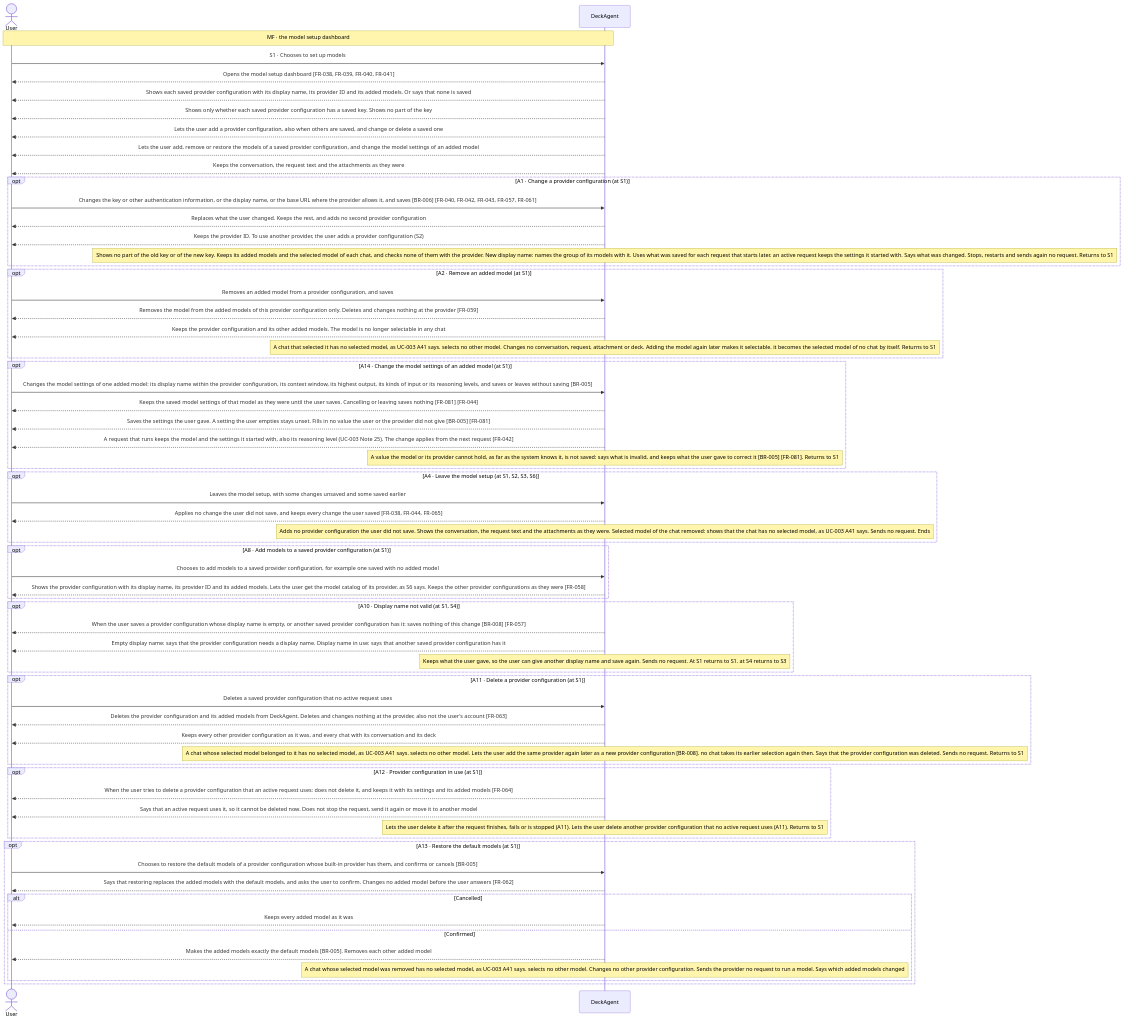
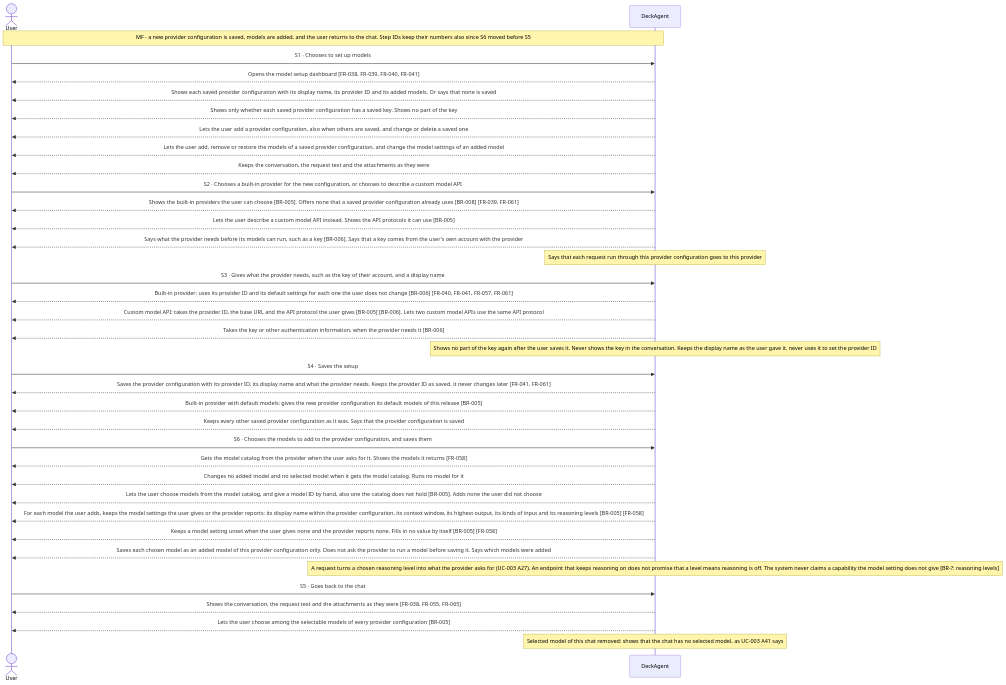
Before and after one commit to Luke23127006/DeckAgent: the first of 15 diagrams in docs/spec/03-use-cases/UC-005.md, drawn with Mermaid. The commit also changed other lines of this file and 25 other files, not shown here.

Commit message:
docs(spec): restructure use cases with main flow first

````diff
--- a/docs/spec/03-use-cases/UC-005.md
+++ b/docs/spec/03-use-cases/UC-005.md
@@ -41,67 +41,39 @@
 ```mermaid
 sequenceDiagram
     actor User
     participant DeckAgent
-    Note over User,DeckAgent: MF · the model setup dashboard
+    Note over User,DeckAgent: MF · a new provider configuration is saved, models are added, and the user returns to the chat. Step IDs keep their numbers also since S6 moved before S5
     User->>DeckAgent: S1 · Chooses to set up models
     DeckAgent-->>User: Opens the model setup dashboard [FR-038, FR-039, FR-040, FR-041]
     DeckAgent-->>User: Shows each saved provider configuration with its display name, its provider ID and its added models. Or says that none is saved
     DeckAgent-->>User: Shows only whether each saved provider configuration has a saved key. Shows no part of the key
     DeckAgent-->>User: Lets the user add a provider configuration, also when others are saved, and change or delete a saved one
     DeckAgent-->>User: Lets the user add, remove or restore the models of a saved provider configuration, and change the model settings of an added model
     DeckAgent-->>User: Keeps the conversation, the request text and the attachments as they were
-    opt A1 · Change a provider configuration (at S1)
-        User->>DeckAgent: Changes the key or other authentication information, or the display name, or the base URL where the provider allows it, and saves [BR-006] [FR-040, FR-042, FR-043, FR-057, FR-061]
-        DeckAgent-->>User: Replaces what the user changed. Keeps the rest, and adds no second provider configuration
-        DeckAgent-->>User: Keeps the provider ID. To use another provider, the user adds a provider configuration (S2)
-        note over DeckAgent: Shows no part of the old key or of the new key. Keeps its added models and the selected model of each chat, and checks none of them with the provider. New display name: names the group of its models with it. Uses what was saved for each request that starts later. an active request keeps the settings it started with. Says what was changed. Stops, restarts and sends again no request. Returns to S1
-    end
-    opt A2 · Remove an added model (at S1)
-        User->>DeckAgent: Removes an added model from a provider configuration, and saves
-        DeckAgent-->>User: Removes the model from the added models of this provider configuration only. Deletes and changes nothing at the provider [FR-059]
-        DeckAgent-->>User: Keeps the provider configuration and its other added models. The model is no longer selectable in any chat
-        note over DeckAgent: A chat that selected it has no selected model, as UC-003 A41 says. selects no other model. Changes no conversation, request, attachment or deck. Adding the model again later makes it selectable. it becomes the selected model of no chat by itself. Returns to S1
-    end
-    opt A14 · Change the model settings of an added model (at S1)
-        User->>DeckAgent: Changes the model settings of one added model: its display name within the provider configuration, its context window, its highest output, its kinds of input or its reasoning levels, and saves or leaves without saving [BR-005]
-        DeckAgent-->>User: Keeps the saved model settings of that model as they were until the user saves. Cancelling or leaving saves nothing [FR-081] [FR-044]
-        DeckAgent-->>User: Saves the settings the user gave. A setting the user empties stays unset. Fills in no value the user or the provider did not give [BR-005] [FR-081]
-        DeckAgent-->>User: A request that runs keeps the model and the settings it started with, also its reasoning level (UC-003 Note 25). The change applies from the next request [FR-042]
-        note over DeckAgent: A value the model or its provider cannot hold, as far as the system knows it, is not saved: says what is invalid, and keeps what the user gave to correct it [BR-005] [FR-081]. Returns to S1
-    end
-    opt A4 · Leave the model setup (at S1, S2, S3, S6)
-        User->>DeckAgent: Leaves the model setup, with some changes unsaved and some saved earlier
-        DeckAgent-->>User: Applies no change the user did not save, and keeps every change the user saved [FR-038, FR-044, FR-065]
-        note over DeckAgent: Adds no provider configuration the user did not save. Shows the conversation, the request text and the attachments as they were. Selected model of the chat removed: shows that the chat has no selected model, as UC-003 A41 says. Sends no request. Ends
-    end
-    opt A8 · Add models to a saved provider configuration (at S1)
-        User->>DeckAgent: Chooses to add models to a saved provider configuration, for example one saved with no added model
-        DeckAgent-->>User: Shows the provider configuration with its display name, its provider ID and its added models. Lets the user get the model catalog of its provider, as S6 says. Keeps the other provider configurations as they were [FR-058]
-    end
-    opt A10 · Display name not valid (at S1, S4)
-        DeckAgent-->>User: When the user saves a provider configuration whose display name is empty, or another saved provider configuration has it: saves nothing of this change [BR-008] [FR-057]
-        DeckAgent-->>User: Empty display name: says that the provider configuration needs a display name. Display name in use: says that another saved provider configuration has it
-        note over DeckAgent: Keeps what the user gave, so the user can give another display name and save again. Sends no request. At S1 returns to S1. at S4 returns to S3
-    end
-    opt A11 · Delete a provider configuration (at S1)
-        User->>DeckAgent: Deletes a saved provider configuration that no active request uses
-        DeckAgent-->>User: Deletes the provider configuration and its added models from DeckAgent. Deletes and changes nothing at the provider, also not the user's account [FR-063]
-        DeckAgent-->>User: Keeps every other provider configuration as it was, and every chat with its conversation and its deck
-        note over DeckAgent: A chat whose selected model belonged to it has no selected model, as UC-003 A41 says. selects no other model. Lets the user add the same provider again later as a new provider configuration [BR-008]. no chat takes its earlier selection again then. Says that the provider configuration was deleted. Sends no request. Returns to S1
-    end
-    opt A12 · Provider configuration in use (at S1)
-        DeckAgent-->>User: When the user tries to delete a provider configuration that an active request uses: does not delete it, and keeps it with its settings and its added models [FR-064]
-        DeckAgent-->>User: Says that an active request uses it, so it cannot be deleted now. Does not stop the request, send it again or move it to another model
-        note over DeckAgent: Lets the user delete it after the request finishes, fails or is stopped (A11). Lets the user delete another provider configuration that no active request uses (A11). Returns to S1
-    end
-    opt A13 · Restore the default models (at S1)
-        User->>DeckAgent: Chooses to restore the default models of a provider configuration whose built-in provider has them, and confirms or cancels [BR-005]
-        DeckAgent-->>User: Says that restoring replaces the added models with the default models, and asks the user to confirm. Changes no added model before the user answers [FR-062]
-        alt Cancelled
-            DeckAgent-->>User: Keeps every added model as it was
-        else Confirmed
-            DeckAgent-->>User: Makes the added models exactly the default models [BR-005]. Removes each other added model
-            note over DeckAgent: A chat whose selected model was removed has no selected model, as UC-003 A41 says. selects no other model. Changes no other provider configuration. Sends the provider no request to run a model. Says which added models changed
-        end
-    end
+    User->>DeckAgent: S2 · Chooses a built-in provider for the new configuration, or chooses to describe a custom model API
+    DeckAgent-->>User: Shows the built-in providers the user can choose [BR-005]. Offers none that a saved provider configuration already uses [BR-008] [FR-039, FR-061]
+    DeckAgent-->>User: Lets the user describe a custom model API instead. Shows the API protocols it can use [BR-005]
+    DeckAgent-->>User: Says what the provider needs before its models can run, such as a key [BR-006]. Says that a key comes from the user's own account with the provider
+    note over DeckAgent: Says that each request run through this provider configuration goes to this provider
+    User->>DeckAgent: S3 · Gives what the provider needs, such as the key of their account, and a display name
+    DeckAgent-->>User: Built-in provider: uses its provider ID and its default settings for each one the user does not change [BR-006] [FR-040, FR-041, FR-057, FR-061]
+    DeckAgent-->>User: Custom model API: takes the provider ID, the base URL and the API protocol the user gives [BR-005] [BR-006]. Lets two custom model APIs use the same API protocol
+    DeckAgent-->>User: Takes the key or other authentication information, when the provider needs it [BR-006]
+    note over DeckAgent: Shows no part of the key again after the user saves it. Never shows the key in the conversation. Keeps the display name as the user gave it. never uses it to set the provider ID
+    User->>DeckAgent: S4 · Saves the setup
+    DeckAgent-->>User: Saves the provider configuration with its provider ID, its display name and what the provider needs. Keeps the provider ID as saved. it never changes later [FR-041, FR-061]
+    DeckAgent-->>User: Built-in provider with default models: gives the new provider configuration its default models of this release [BR-005]
+    DeckAgent-->>User: Keeps every other saved provider configuration as it was. Says that the provider configuration is saved
+    User->>DeckAgent: S6 · Chooses the models to add to the provider configuration, and saves them
+    DeckAgent-->>User: Gets the model catalog from the provider when the user asks for it. Shows the models it returns [FR-058]
+    DeckAgent-->>User: Changes no added model and no selected model when it gets the model catalog. Runs no model for it
+    DeckAgent-->>User: Lets the user choose models from the model catalog, and give a model ID by hand, also one the catalog does not hold [BR-005]. Adds none the user did not choose
+    DeckAgent-->>User: For each model the user adds, keeps the model settings the user gives or the provider reports: its display name within the provider configuration, its context window, its highest output, its kinds of input and its reasoning levels [BR-005] [FR-058]
+    DeckAgent-->>User: Keeps a model setting unset when the user gives none and the provider reports none. Fills in no value by itself [BR-005] [FR-058]
+    DeckAgent-->>User: Saves each chosen model as an added model of this provider configuration only. Does not ask the provider to run a model before saving it. Says which models were added
+    note over DeckAgent: A request turns a chosen reasoning level into what the provider asks for (UC-003 A27). An endpoint that keeps reasoning on does not promise that a level means reasoning is off. The system never claims a capability the model setting does not give [BR-?: reasoning levels]
+    User->>DeckAgent: S5 · Goes back to the chat
+    DeckAgent-->>User: Shows the conversation, the request text and the attachments as they were [FR-038, FR-055, FR-065]
+    DeckAgent-->>User: Lets the user choose among the selectable models of every provider configuration [BR-005]
+    note over DeckAgent: Selected model of this chat removed: shows that the chat has no selected model, as UC-003 A41 says
 ```
````
